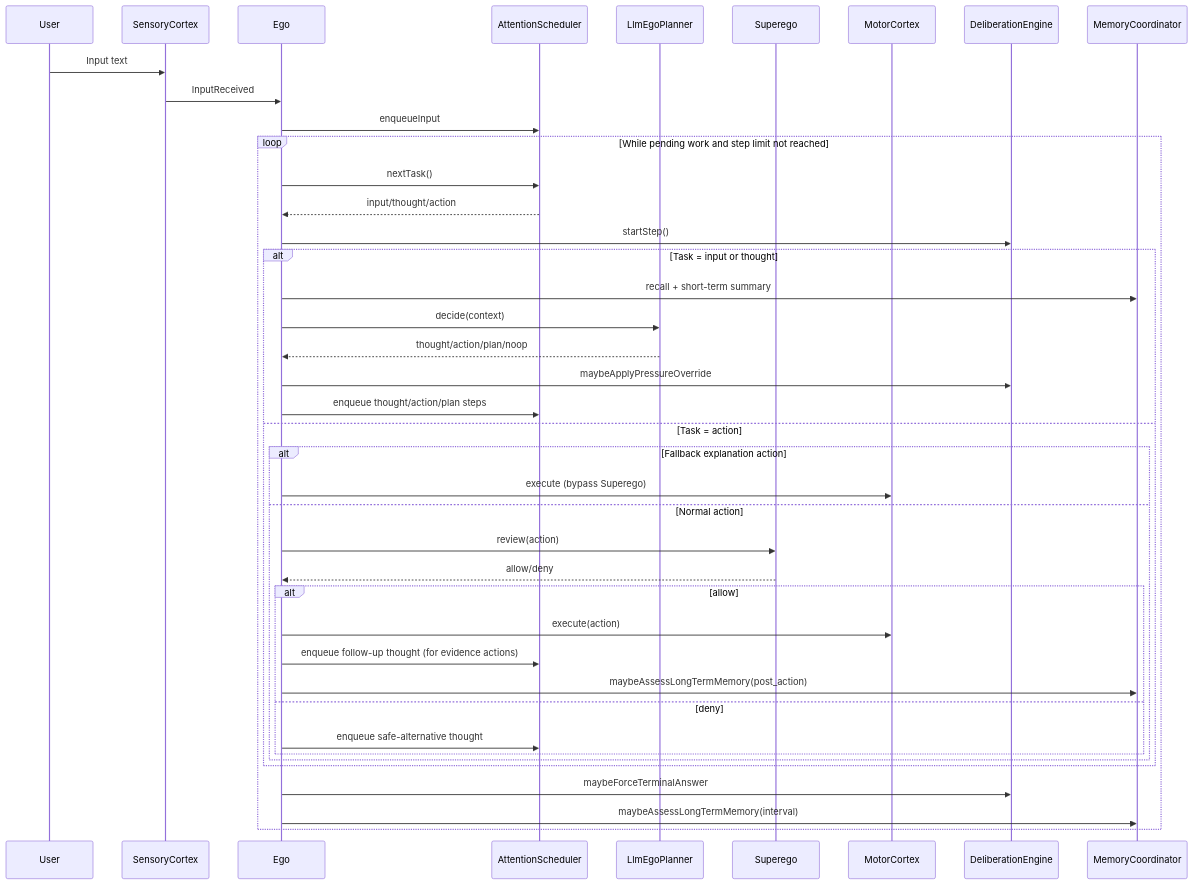
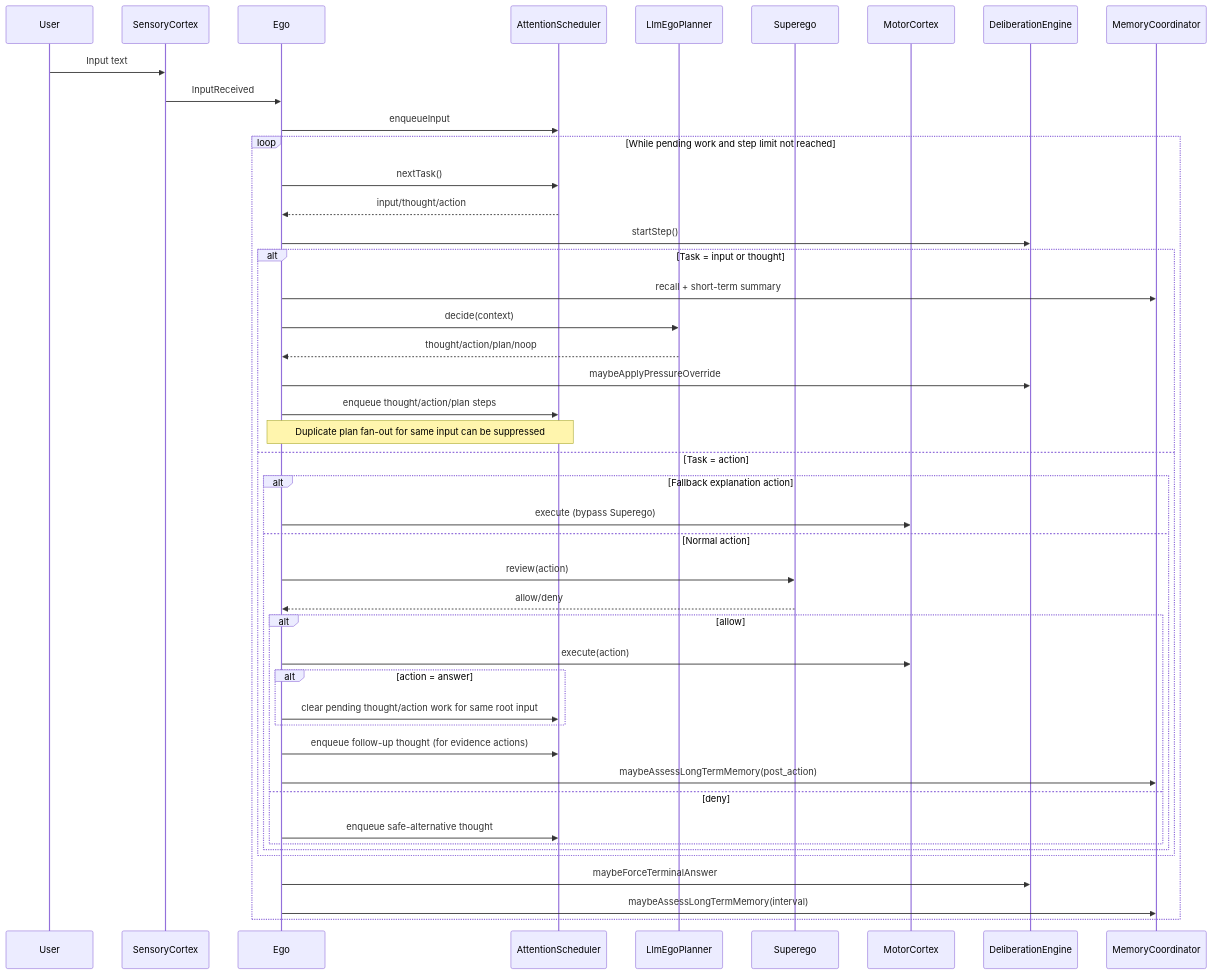
The second of 3 diagrams in AGENT_LOGIC_DIAGRAM.md (neopsyke/NeoPsyke), drawn with Mermaid before and after one commit. The commit also changed other lines of this file and 11 other files, not shown here.

````diff
--- a/AGENT_LOGIC_DIAGRAM.md
+++ b/AGENT_LOGIC_DIAGRAM.md
@@ -37,47 +37,51 @@
 ```mermaid
 sequenceDiagram
     participant User
     participant SC as SensoryCortex
     participant Ego
     participant Sched as AttentionScheduler
     participant Planner as LlmEgoPlanner
     participant Sup as Superego
     participant Motor as MotorCortex
     participant Delib as DeliberationEngine
     participant Mem as MemoryCoordinator
 
     User->>SC: Input text
     SC->>Ego: InputReceived
     Ego->>Sched: enqueueInput
 
     loop While pending work and step limit not reached
         Ego->>Sched: nextTask()
         Sched-->>Ego: input/thought/action
         Ego->>Delib: startStep()
 
         alt Task = input or thought
             Ego->>Mem: recall + short-term summary
             Ego->>Planner: decide(context)
             Planner-->>Ego: thought/action/plan/noop
             Ego->>Delib: maybeApplyPressureOverride
             Ego->>Sched: enqueue thought/action/plan steps
+            Note over Ego,Sched: Duplicate plan fan-out for same input can be suppressed
         else Task = action
             alt Fallback explanation action
                 Ego->>Motor: execute (bypass Superego)
             else Normal action
                 Ego->>Sup: review(action)
                 Sup-->>Ego: allow/deny
                 alt allow
                     Ego->>Motor: execute(action)
+                    alt action = answer
+                        Ego->>Sched: clear pending thought/action work for same root input
+                    end
                     Ego->>Sched: enqueue follow-up thought (for evidence actions)
                     Ego->>Mem: maybeAssessLongTermMemory(post_action)
                 else deny
                     Ego->>Sched: enqueue safe-alternative thought
                 end
             end
         end
 
         Ego->>Delib: maybeForceTerminalAnswer
         Ego->>Mem: maybeAssessLongTermMemory(interval)
     end
 ```
````
